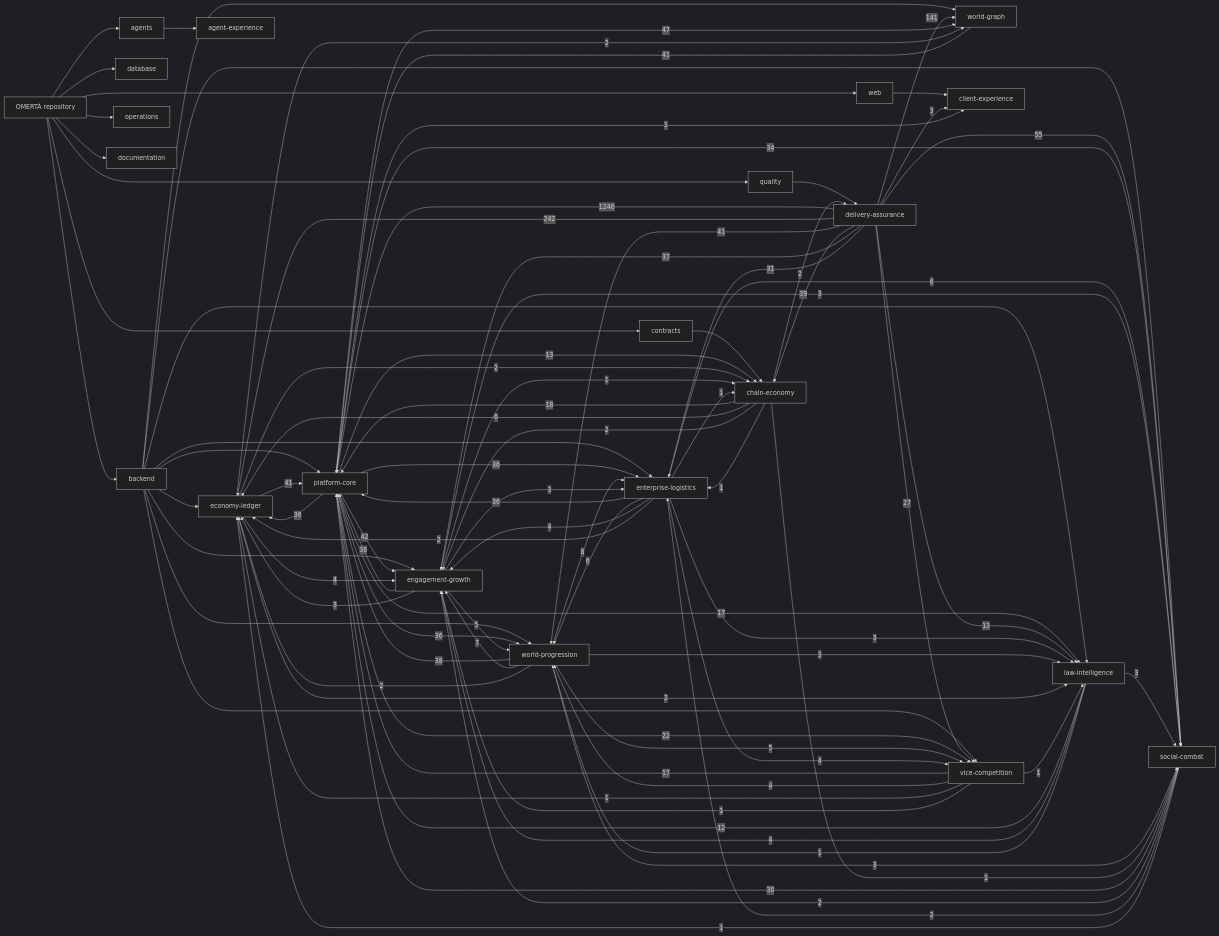
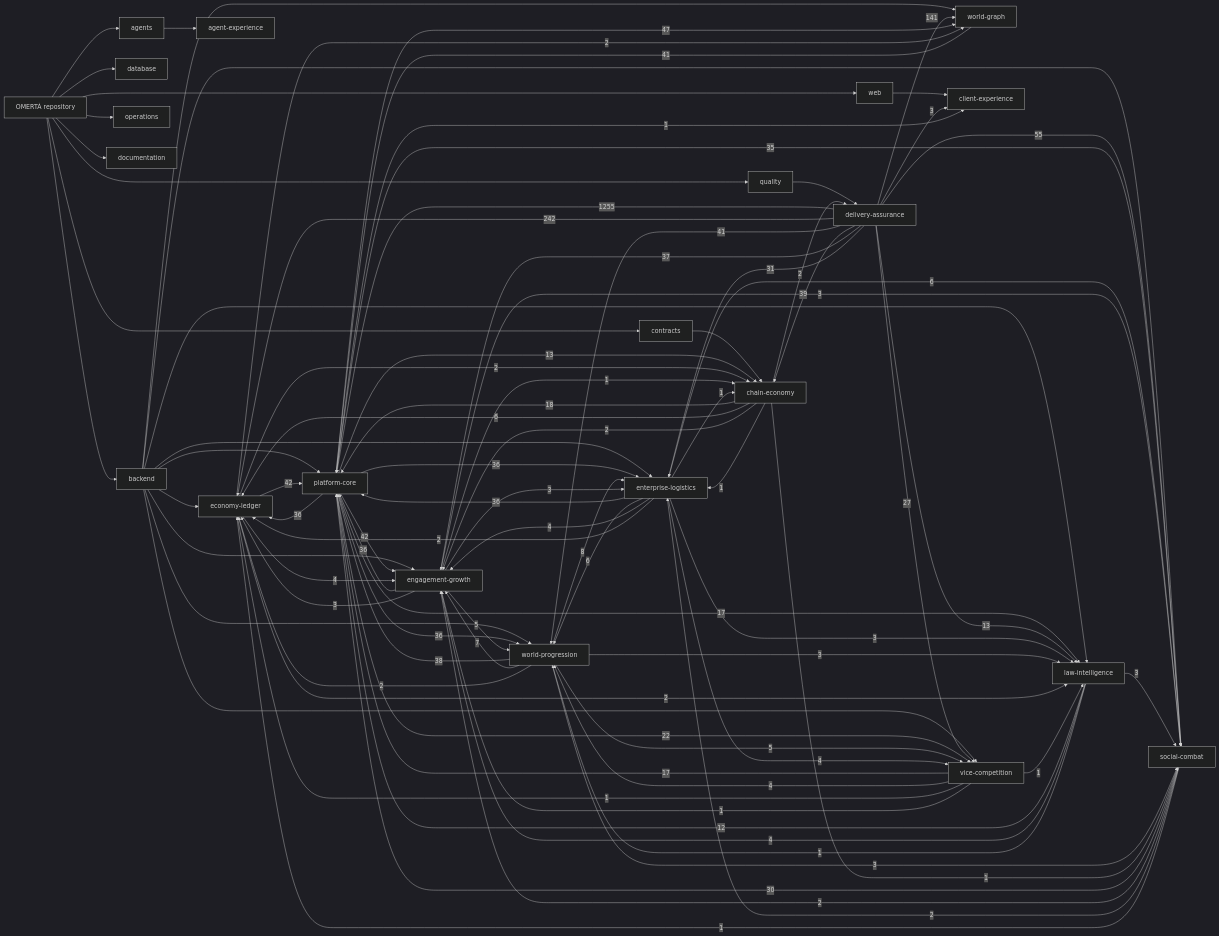
The diagram in knowledge/generated/graph.mmd (OmertaDev/Omerta), drawn with Mermaid (dark theme) before and after one commit. The commit also changed 8 other files, not shown here.

```diff
--- a/knowledge/generated/graph.mmd
+++ b/knowledge/generated/graph.mmd
@@ -1,111 +1,111 @@
 flowchart LR
   repo["OMERTÀ repository"]
   sub_backend["backend"]
   repo --> sub_backend
   sub_database["database"]
   repo --> sub_database
   sub_web["web"]
   repo --> sub_web
   sub_contracts["contracts"]
   repo --> sub_contracts
   sub_agents["agents"]
   repo --> sub_agents
   sub_quality["quality"]
   repo --> sub_quality
   sub_operations["operations"]
   repo --> sub_operations
   sub_documentation["documentation"]
   repo --> sub_documentation
   dom_platform-core["platform-core"]
   dom_economy-ledger["economy-ledger"]
   dom_social-combat["social-combat"]
   dom_world-progression["world-progression"]
   dom_world-graph["world-graph"]
   dom_enterprise-logistics["enterprise-logistics"]
   dom_vice-competition["vice-competition"]
   dom_law-intelligence["law-intelligence"]
   dom_chain-economy["chain-economy"]
   dom_engagement-growth["engagement-growth"]
   dom_client-experience["client-experience"]
   dom_agent-experience["agent-experience"]
   dom_delivery-assurance["delivery-assurance"]
   sub_agents --> dom_agent-experience
   sub_backend --> dom_economy-ledger
   sub_backend --> dom_engagement-growth
   sub_backend --> dom_enterprise-logistics
   sub_backend --> dom_law-intelligence
   sub_backend --> dom_platform-core
   sub_backend --> dom_social-combat
   sub_backend --> dom_vice-competition
   sub_backend --> dom_world-graph
   sub_backend --> dom_world-progression
   sub_contracts --> dom_chain-economy
   sub_quality --> dom_delivery-assurance
   sub_web --> dom_client-experience
-  dom_delivery-assurance -->|1246| dom_platform-core
+  dom_delivery-assurance -->|1255| dom_platform-core
   dom_delivery-assurance -->|242| dom_economy-ledger
   dom_delivery-assurance -->|141| dom_world-graph
   dom_delivery-assurance -->|55| dom_social-combat
   dom_platform-core -->|47| dom_world-graph
+  dom_economy-ledger -->|42| dom_platform-core
   dom_platform-core -->|42| dom_engagement-growth
   dom_delivery-assurance -->|41| dom_world-progression
-  dom_economy-ledger -->|41| dom_platform-core
   dom_world-graph -->|41| dom_platform-core
   dom_delivery-assurance -->|39| dom_chain-economy
   dom_world-progression -->|38| dom_platform-core
   dom_delivery-assurance -->|37| dom_engagement-growth
   dom_engagement-growth -->|36| dom_platform-core
   dom_enterprise-logistics -->|36| dom_platform-core
   dom_platform-core -->|36| dom_economy-ledger
   dom_platform-core -->|36| dom_enterprise-logistics
   dom_platform-core -->|36| dom_world-progression
-  dom_platform-core -->|34| dom_social-combat
+  dom_platform-core -->|35| dom_social-combat
   dom_delivery-assurance -->|31| dom_enterprise-logistics
   dom_social-combat -->|30| dom_platform-core
   dom_delivery-assurance -->|27| dom_vice-competition
   dom_platform-core -->|22| dom_vice-competition
   dom_chain-economy -->|18| dom_platform-core
   dom_platform-core -->|17| dom_law-intelligence
   dom_vice-competition -->|17| dom_platform-core
   dom_delivery-assurance -->|13| dom_law-intelligence
   dom_platform-core -->|13| dom_chain-economy
   dom_law-intelligence -->|12| dom_platform-core
   dom_world-progression -->|8| dom_enterprise-logistics
   dom_world-progression -->|7| dom_engagement-growth
   dom_chain-economy -->|6| dom_economy-ledger
   dom_enterprise-logistics -->|6| dom_social-combat
   dom_enterprise-logistics -->|6| dom_world-progression
   dom_engagement-growth -->|5| dom_world-progression
   dom_world-progression -->|5| dom_vice-competition
   dom_economy-ledger -->|4| dom_engagement-growth
   dom_enterprise-logistics -->|4| dom_engagement-growth
   dom_enterprise-logistics -->|4| dom_vice-competition
   dom_law-intelligence -->|4| dom_engagement-growth
   dom_vice-competition -->|4| dom_world-progression
   dom_delivery-assurance -->|3| dom_client-experience
   dom_engagement-growth -->|3| dom_economy-ledger
   dom_engagement-growth -->|3| dom_enterprise-logistics
   dom_engagement-growth -->|3| dom_social-combat
   dom_enterprise-logistics -->|3| dom_law-intelligence
   dom_law-intelligence -->|3| dom_social-combat
   dom_world-progression -->|3| dom_law-intelligence
   dom_world-progression -->|3| dom_social-combat
   dom_chain-economy -->|2| dom_delivery-assurance
   dom_chain-economy -->|2| dom_engagement-growth
   dom_economy-ledger -->|2| dom_chain-economy
   dom_economy-ledger -->|2| dom_law-intelligence
   dom_economy-ledger -->|2| dom_world-graph
   dom_enterprise-logistics -->|2| dom_economy-ledger
   dom_social-combat -->|2| dom_engagement-growth
   dom_social-combat -->|2| dom_enterprise-logistics
   dom_world-progression -->|2| dom_economy-ledger
   dom_chain-economy -->|1| dom_enterprise-logistics
   dom_chain-economy -->|1| dom_social-combat
   dom_engagement-growth -->|1| dom_chain-economy
   dom_enterprise-logistics -->|1| dom_chain-economy
   dom_law-intelligence -->|1| dom_world-progression
   dom_platform-core -->|1| dom_client-experience
   dom_social-combat -->|1| dom_economy-ledger
   dom_vice-competition -->|1| dom_economy-ledger
   dom_vice-competition -->|1| dom_engagement-growth
   dom_vice-competition -->|1| dom_law-intelligence
```
